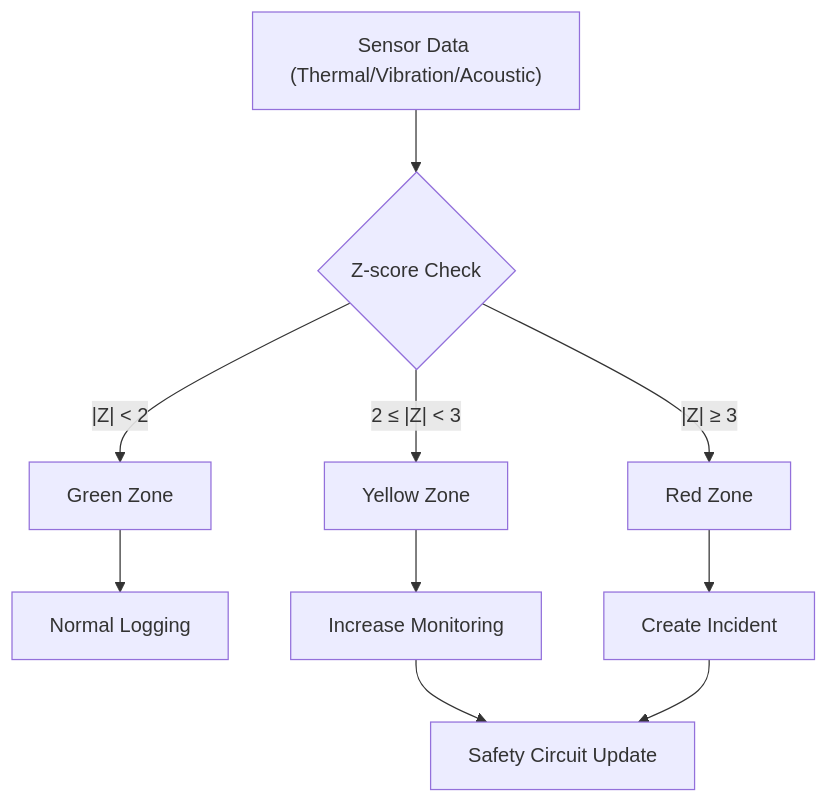
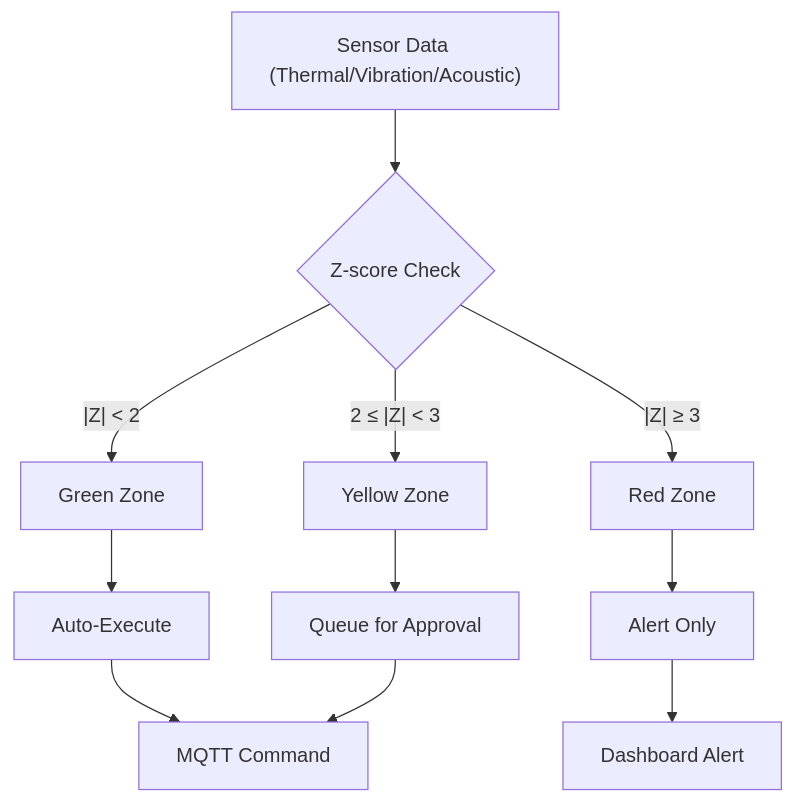
One commit to AngelP17/YieldOps changed diagram 13 of 20 in Architecture.md. Above: the diagram before and after it, drawn with Mermaid. The commit also changed other lines of this file and 5 other files, not shown here.

````diff
--- a/Architecture.md
+++ b/Architecture.md
@@ -913,12 +1009,13 @@
 ```mermaid
 flowchart TD
     A["Sensor Data (Thermal/Vibration/Acoustic)"] --> B{Z-score Check}
     B -->|"|Z| < 2"| C[Green Zone]
     B -->|"2 ≤ |Z| < 3"| D[Yellow Zone]
     B -->|"|Z| ≥ 3"| E[Red Zone]
-    C --> F[Normal Logging]
-    D --> G[Increase Monitoring]
-    E --> H[Create Incident]
-    G --> I[Safety Circuit Update]
-    H --> I
+    C --> F[Auto-Execute]
+    D --> G[Queue for Approval]
+    E --> H[Alert Only]
+    F --> I[MQTT Command]
+    G --> I
+    H --> J[Dashboard Alert]
 ```
````
